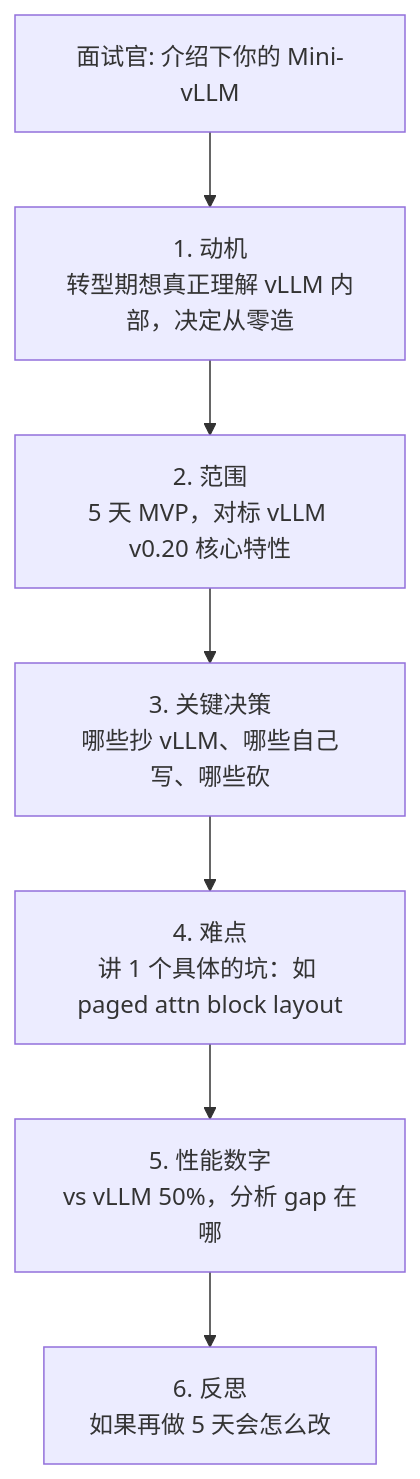
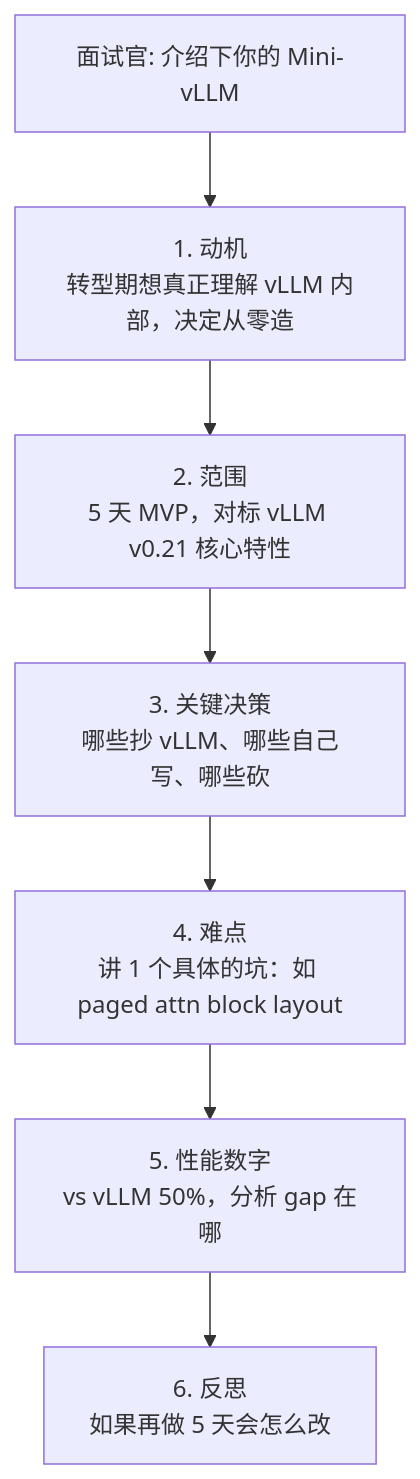
One commit to Xuefei-Zhang/llm-infer-journey changed the fourth of 4 diagrams in 06-mini-vllm-design.md. Above: the diagram before and after it, drawn with Mermaid. The commit also changed other lines of this file and 13 other files, not shown here.

````diff
--- a/06-mini-vllm-design.md
+++ b/06-mini-vllm-design.md
@@ -558,9 +558,9 @@
 ```mermaid
 flowchart TD
     Q[面试官: 介绍下你的 Mini-vLLM] --> A1[1. 动机<br/>转型期想真正理解 vLLM 内部，决定从零造]
-    A1 --> A2[2. 范围<br/>5 天 MVP，对标 vLLM v0.20 核心特性]
+    A1 --> A2[2. 范围<br/>5 天 MVP，对标 vLLM v0.21 核心特性]
     A2 --> A3[3. 关键决策<br/>哪些抄 vLLM、哪些自己写、哪些砍]
     A3 --> A4[4. 难点<br/>讲 1 个具体的坑：如 paged attn block layout]
     A4 --> A5[5. 性能数字<br/>vs vLLM 50%，分析 gap 在哪]
     A5 --> A6[6. 反思<br/>如果再做 5 天会怎么改]
 ```
````
